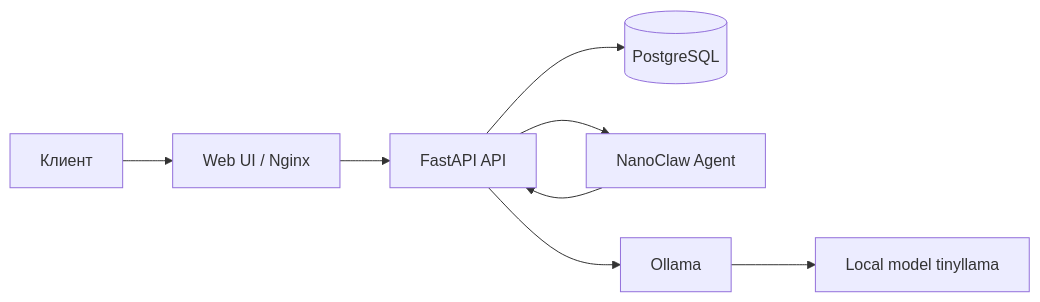
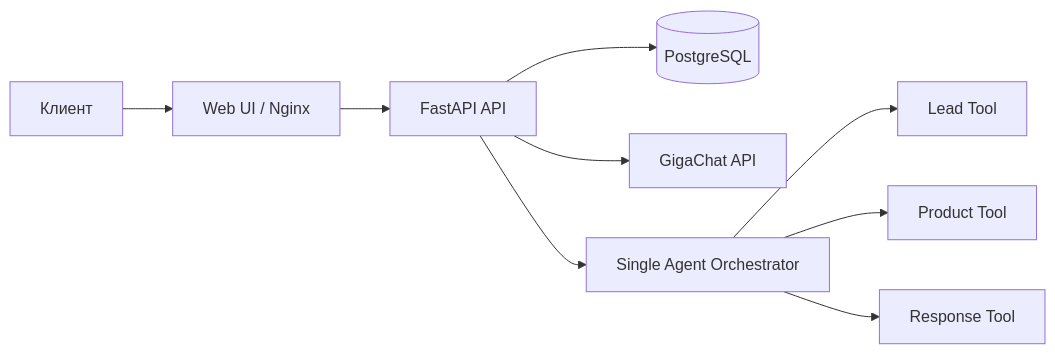
Before and after one commit to dedok0x/agrolead-assistant: the diagram in README.md, drawn with Mermaid. The commit also changed other lines of this file and 28 other files, not shown here.

````diff
--- a/README.md
+++ b/README.md
@@ -24,10 +29,12 @@
 ```mermaid
 flowchart LR
     U[Клиент] --> W[Web UI / Nginx]
     W --> A[FastAPI API]
     A --> DB[(PostgreSQL)]
-    A --> N[NanoClaw Agent]
-    N --> A
-    A --> O[Ollama]
-    O --> M[Local model tinyllama]
+    A --> LLM[GigaChat API]
+
+    A --> ORCH[Single Agent Orchestrator]
+    ORCH --> LT[Lead Tool]
+    ORCH --> PT[Product Tool]
+    ORCH --> RT[Response Tool]
 ```
````
